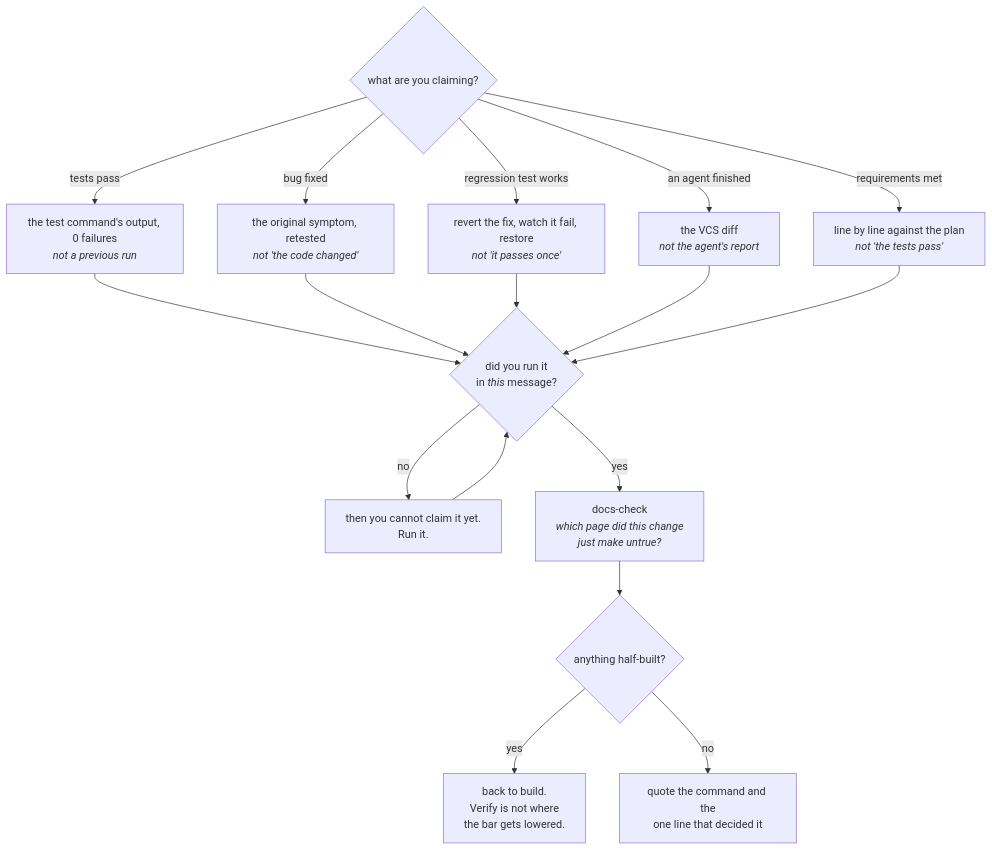
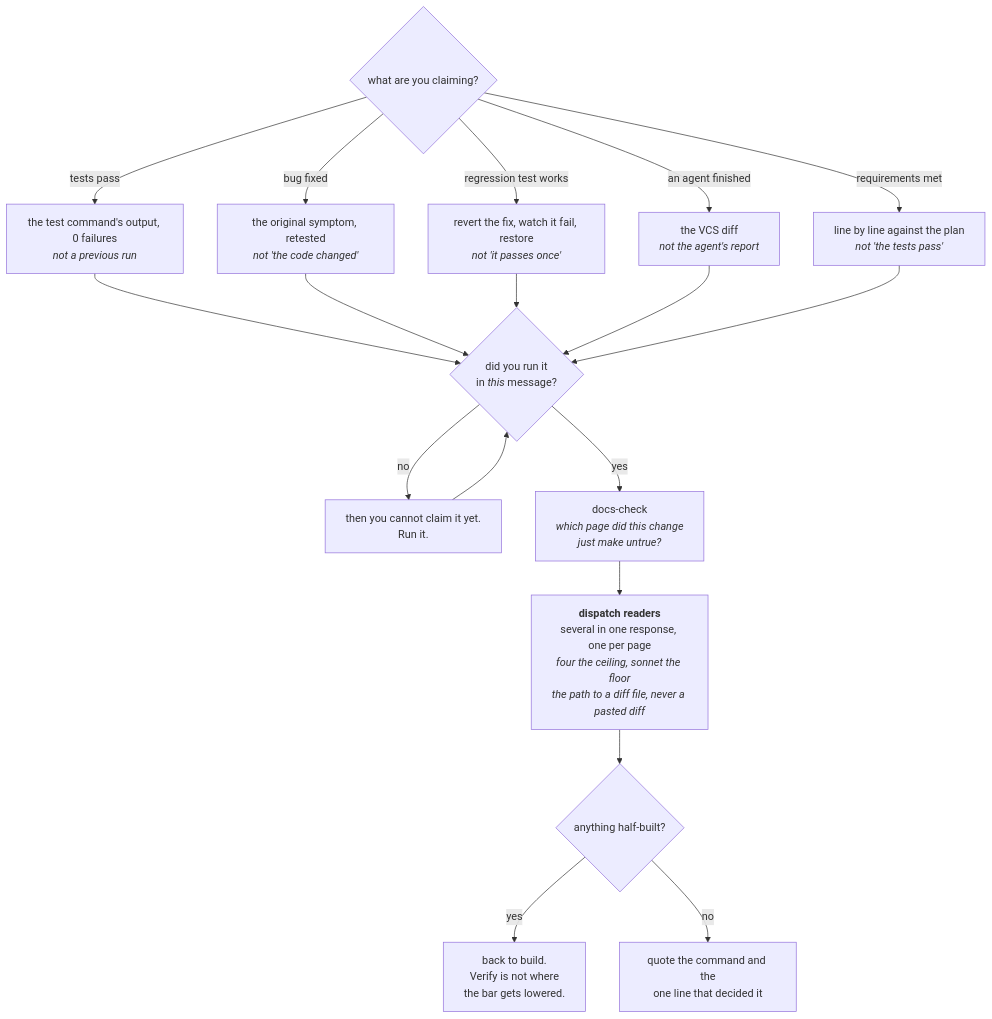
The sixth of 8 diagrams in docs/pipeline.md (FanFantom9452/FanKeel), drawn with Mermaid before and after one commit. The commit also changed other lines of this file and 3 other files, not shown here.

````diff
--- a/docs/pipeline.md
+++ b/docs/pipeline.md
@@ -477,32 +477,34 @@
 ```mermaid
 flowchart TD
     A{"what are you claiming?"}
     A1["the test command's output, 0 failures<br/><i>not a previous run</i>"]
     A2["the original symptom, retested<br/><i>not 'the code changed'</i>"]
     A3["revert the fix, watch it fail, restore<br/><i>not 'it passes once'</i>"]
     A4["the VCS diff<br/><i>not the agent's report</i>"]
     A5["line by line against the plan<br/><i>not 'the tests pass'</i>"]
     B{"did you run it<br/>in <i>this</i> message?"}
     C["then you cannot claim it yet.<br/>Run it."]
     D["docs-check<br/><i>which page did this change<br/>just make untrue?</i>"]
+    D1["<b>dispatch readers</b><br/>several in one response, one per page<br/><i>four the ceiling, sonnet the floor</i><br/><i>the path to a diff file, never a pasted diff</i>"]
     E{"anything half-built?"}
     F["back to build.<br/>Verify is not where<br/>the bar gets lowered."]
     G["quote the command and the<br/>one line that decided it"]
 
     A -- "tests pass" --> A1
     A -- "bug fixed" --> A2
     A -- "regression test works" --> A3
     A -- "an agent finished" --> A4
     A -- "requirements met" --> A5
     A1 --> B
     A2 --> B
     A3 --> B
     A4 --> B
     A5 --> B
     B -- no --> C
     C --> B
     B -- yes --> D
-    D --> E
+    D --> D1
+    D1 --> E
     E -- yes --> F
     E -- no --> G
 ```
````
